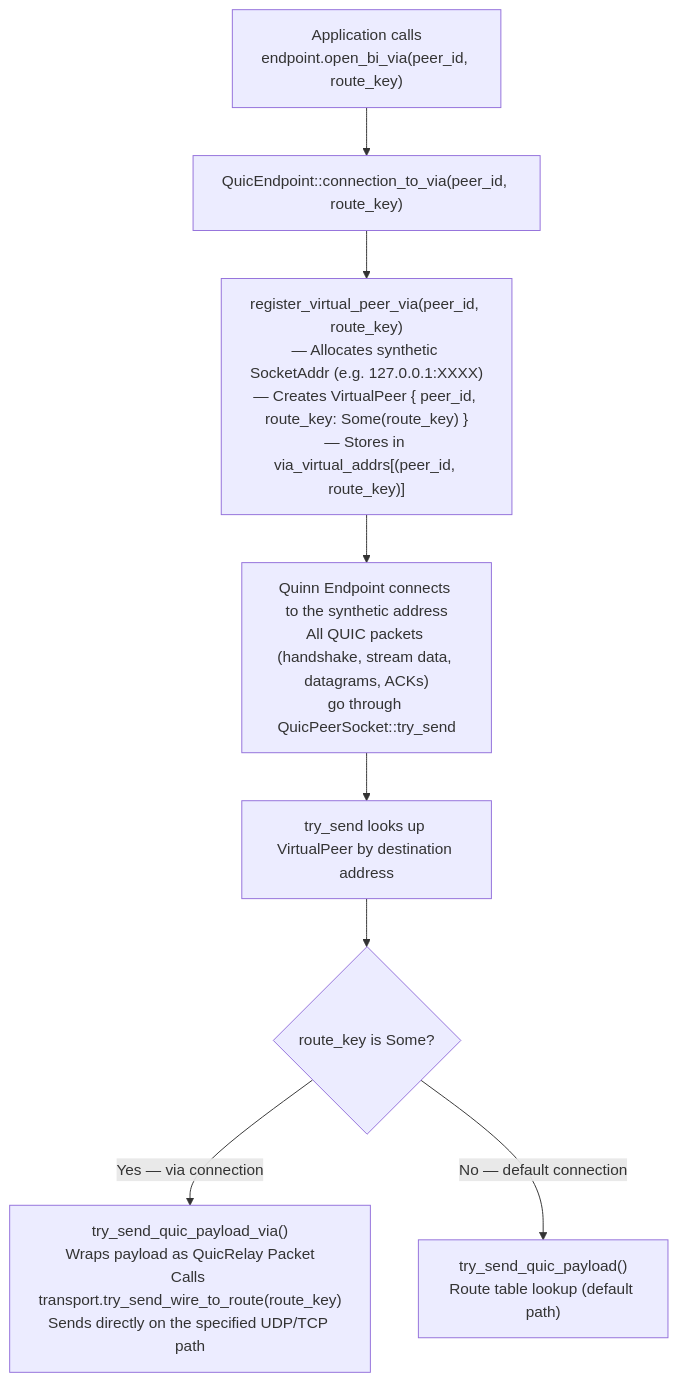
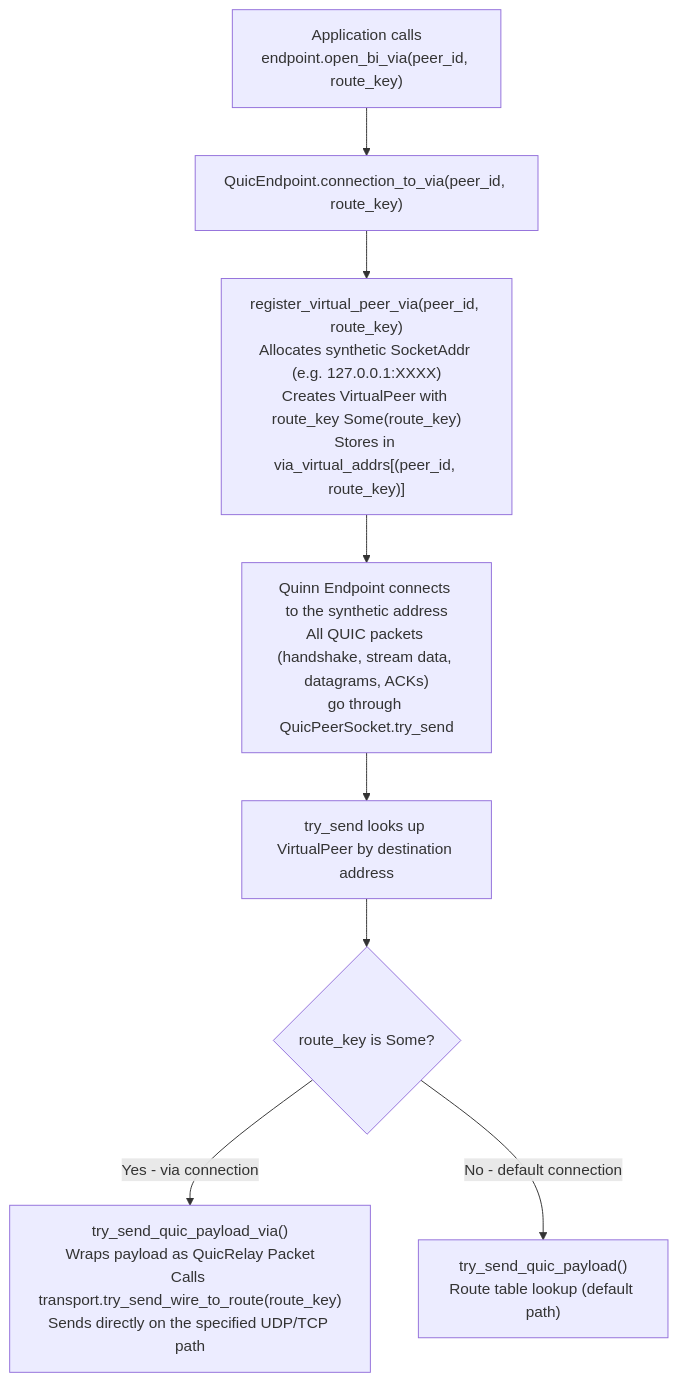
One commit to rustp2p/rustp2p changed diagram 24 of 27 in docs/nat-punch-principles.md. Above: the diagram before and after it, drawn with Mermaid. The commit also changed other lines of this file, not shown here.

First line of the commit message:
docs: 修正 nat-punch-principles 中 Mermaid 连线语法渲染错误 (#24)

````diff
--- a/docs/nat-punch-principles.md
+++ b/docs/nat-punch-principles.md
@@ -833,19 +833,19 @@
 ```mermaid
 flowchart TD
     APP["Application calls<br/>endpoint.open_bi_via(peer_id, route_key)"]
-    CONN["QuicEndpoint::connection_to_via(peer_id, route_key)"]
-    REG["register_virtual_peer_via(peer_id, route_key)<br/>— Allocates synthetic SocketAddr (e.g. 127.0.0.1:XXXX)<br/>— Creates VirtualPeer { peer_id, route_key: Some(route_key) }<br/>— Stores in via_virtual_addrs[(peer_id, route_key)]"]
-    QUINN["Quinn Endpoint connects to the synthetic address<br/>All QUIC packets (handshake, stream data, datagrams, ACKs)<br/>go through QuicPeerSocket::try_send"]
+    CONN["QuicEndpoint.connection_to_via(peer_id, route_key)"]
+    REG["register_virtual_peer_via(peer_id, route_key)<br/>Allocates synthetic SocketAddr (e.g. 127.0.0.1:XXXX)<br/>Creates VirtualPeer with route_key Some(route_key)<br/>Stores in via_virtual_addrs[(peer_id, route_key)]"]
+    QUINN["Quinn Endpoint connects to the synthetic address<br/>All QUIC packets (handshake, stream data, datagrams, ACKs)<br/>go through QuicPeerSocket.try_send"]
     LOOKUP["try_send looks up VirtualPeer by destination address"]
     CHECK{"route_key is Some?"}
     VIA2["try_send_quic_payload_via()<br/>Wraps payload as QuicRelay Packet<br/>Calls transport.try_send_wire_to_route(route_key)<br/>Sends directly on the specified UDP/TCP path"]
     DEFAULT2["try_send_quic_payload()<br/>Route table lookup (default path)"]
 
     APP --> CONN
     CONN --> REG
     REG --> QUINN
     QUINN --> LOOKUP
     LOOKUP --> CHECK
-    CHECK -->|"Yes — via connection"| VIA2
-    CHECK -->|"No — default connection"| DEFAULT2
+    CHECK -->|"Yes - via connection"| VIA2
+    CHECK -->|"No - default connection"| DEFAULT2
 ```
````
